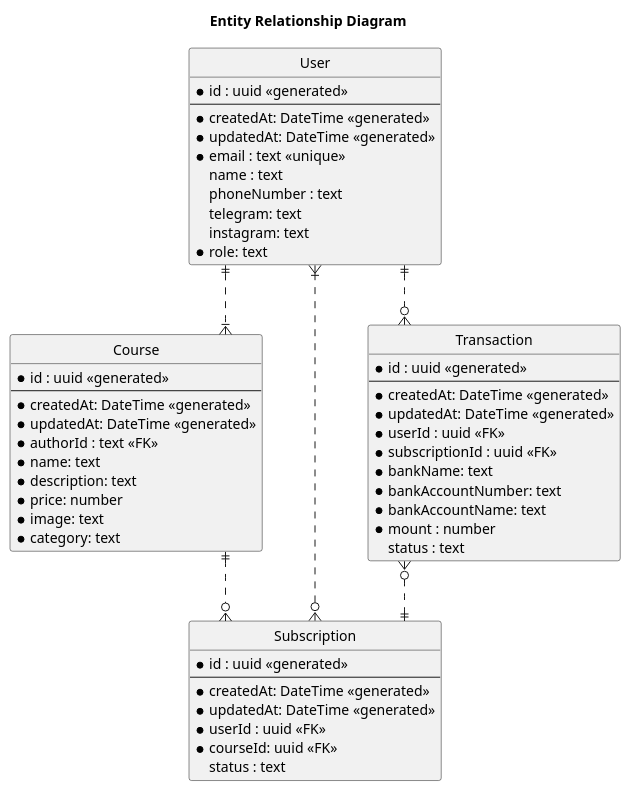
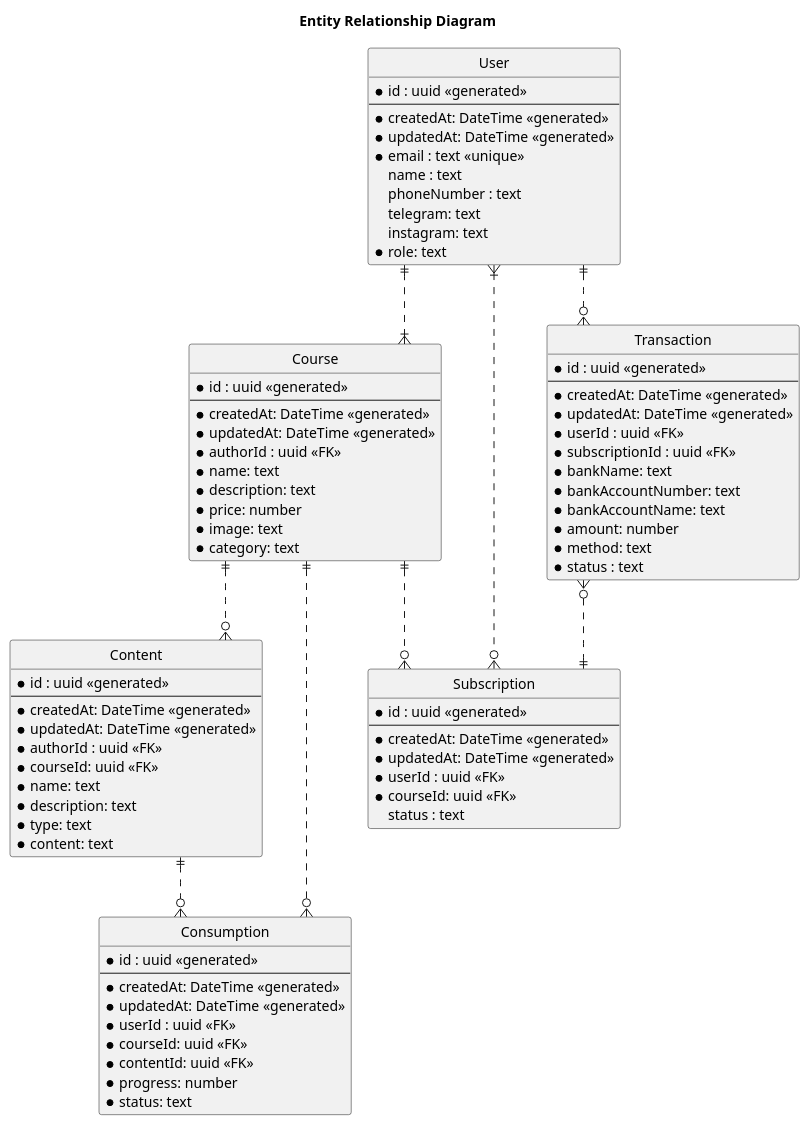
One commit to zainfathoni/kelas.rumahberbagi.com changed the diagram in docs/diagrams/erd.puml. Above: the diagram before and after it, drawn with PlantUML. The commit also changed 3 other files, not shown here.

First line of the commit message:
docs: add consumption table in the ERD

```diff
--- a/docs/diagrams/erd.puml
+++ b/docs/diagrams/erd.puml
@@ -1,65 +1,94 @@
 @startuml "Entity Relationship Diagram"
 title Entity Relationship Diagram
 
 ' hide the spot
 hide circle
 
 ' avoid problems with angled crows feet
 skinparam linetype ortho
 
 entity "User" as user {
   *id : uuid <<generated>>
   --
   *createdAt: DateTime <<generated>>
   *updatedAt: DateTime <<generated>>
   *email : text <<unique>>
   name : text
   phoneNumber : text
   telegram: text
   instagram: text
   *role: text
 }
 
 entity "Course" as course {
   *id : uuid <<generated>>
   --
   *createdAt: DateTime <<generated>>
   *updatedAt: DateTime <<generated>>
-  *authorId : text <<FK>>
+  *authorId : uuid <<FK>>
   *name: text
   *description: text
   *price: number
   *image: text
   *category: text
+}
+
+entity "Content" as content {
+  *id : uuid <<generated>>
+  --
+  *createdAt: DateTime <<generated>>
+  *updatedAt: DateTime <<generated>>
+  *authorId : uuid <<FK>>
+  *courseId: uuid <<FK>>
+  *name: text
+  *description: text
+  *type: text
+  *content: text
+}
+
+entity "Consumption" as consumption {
+  *id : uuid <<generated>>
+  --
+  *createdAt: DateTime <<generated>>
+  *updatedAt: DateTime <<generated>>
+  *userId : uuid <<FK>>
+  *courseId: uuid <<FK>>
+  *contentId: uuid <<FK>>
+  *progress: number
+  *status: text
 }
 
 entity "Subscription" as subscription {
   *id : uuid <<generated>>
   --
   *createdAt: DateTime <<generated>>
   *updatedAt: DateTime <<generated>>
   *userId : uuid <<FK>>
   *courseId: uuid <<FK>>
   status : text
 }
 
 entity "Transaction" as transaction {
   *id : uuid <<generated>>
   --
   *createdAt: DateTime <<generated>>
   *updatedAt: DateTime <<generated>>
   *userId : uuid <<FK>>
   *subscriptionId : uuid <<FK>>
   *bankName: text
   *bankAccountNumber: text
   *bankAccountName: text
-  *mount : number
-  status : text
+  *amount: number
+  *method: text
+  *status : text
 }
 
 user ||..|{ course
 user }|.-o{ subscription
 course ||..o{ subscription
+course ||..o{ content
+content ||..o{ consumption
+course ||..o{ consumption
 transaction }o..||subscription
 user ||..o{ transaction
 @enduml
```
